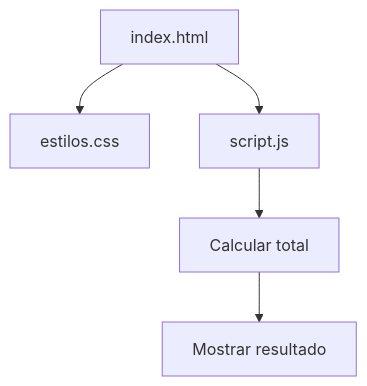
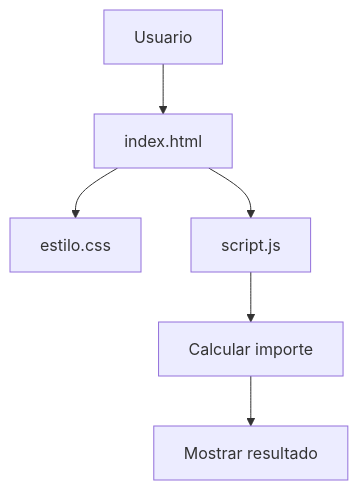
Before and after one commit to MarkArellano1997/tienda: the diagram in README.md, drawn with Mermaid. The commit also changed other lines of this file, not shown here.

````diff
--- a/README.md
+++ b/README.md
@@ -44,7 +140,8 @@
 ```mermaid
-flowchart TD
-    A[ index.html ] --> B[ estilos.css ]
-    A --> C[ script.js ]
-    C --> D[ Calcular total ]
-    D --> E[ Mostrar resultado ]
+graph TD
+    A[Usuario] --> B[index.html]
+    B --> C[estilo.css]
+    B --> D[script.js]
+    D --> E[Calcular importe]
+    E --> F[Mostrar resultado]
 ```
````
